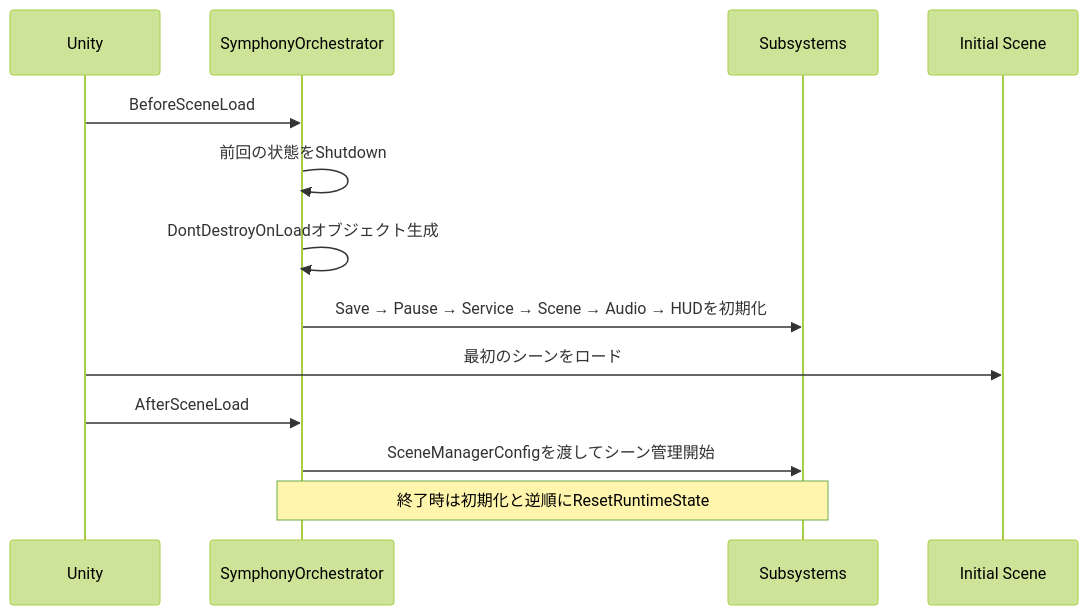
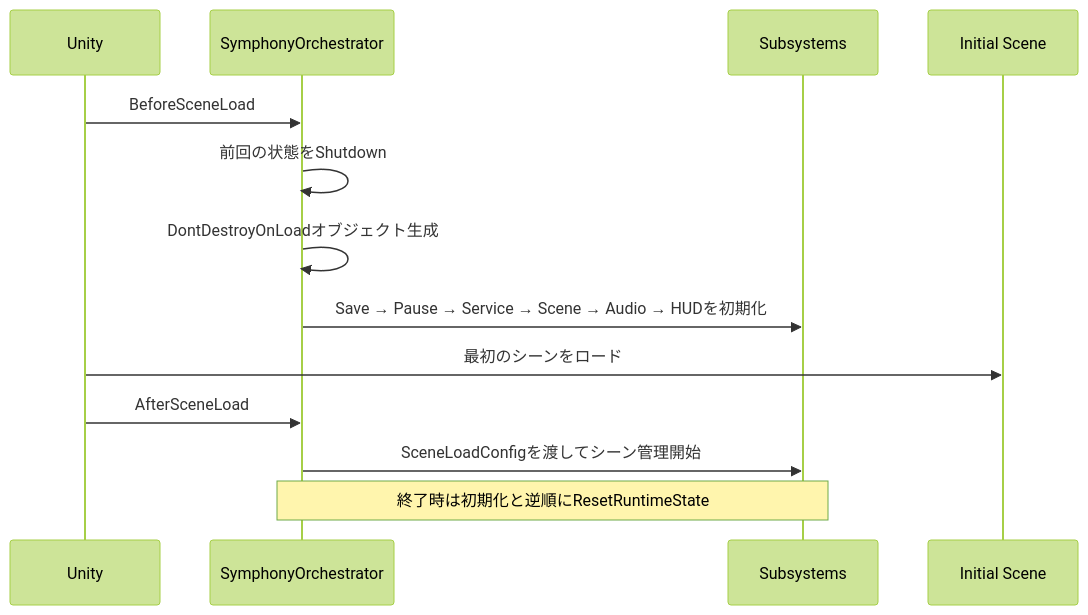
The second of 9 diagrams in Documentation~/Architecture.md (HIBIKI5201/SymphonyFramework), drawn with Mermaid (forest theme) before and after one commit. The commit also changed other lines of this file and 2 other files, not shown here.

````diff
--- a/Documentation~/Architecture.md
+++ b/Documentation~/Architecture.md
@@ -53,16 +53,16 @@
 ```mermaid
 sequenceDiagram
     participant Unity
     participant Orchestrator as SymphonyOrchestrator
     participant Systems as Subsystems
     participant Scene as Initial Scene
 
     Unity->>Orchestrator: BeforeSceneLoad
     Orchestrator->>Orchestrator: 前回の状態をShutdown
     Orchestrator->>Orchestrator: DontDestroyOnLoadオブジェクト生成
     Orchestrator->>Systems: Save → Pause → Service → Scene → Audio → HUDを初期化
     Unity->>Scene: 最初のシーンをロード
     Unity->>Orchestrator: AfterSceneLoad
-    Orchestrator->>Systems: SceneManagerConfigを渡してシーン管理開始
+    Orchestrator->>Systems: SceneLoadConfigを渡してシーン管理開始
     Note over Orchestrator,Systems: 終了時は初期化と逆順にResetRuntimeState
 ```
````
